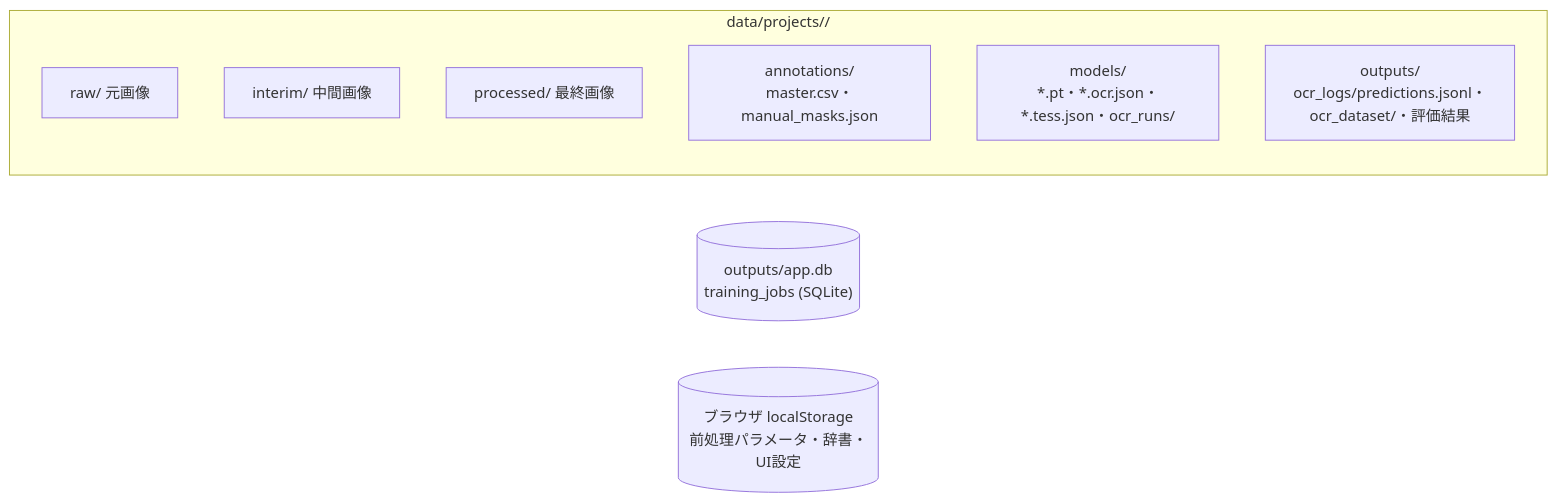
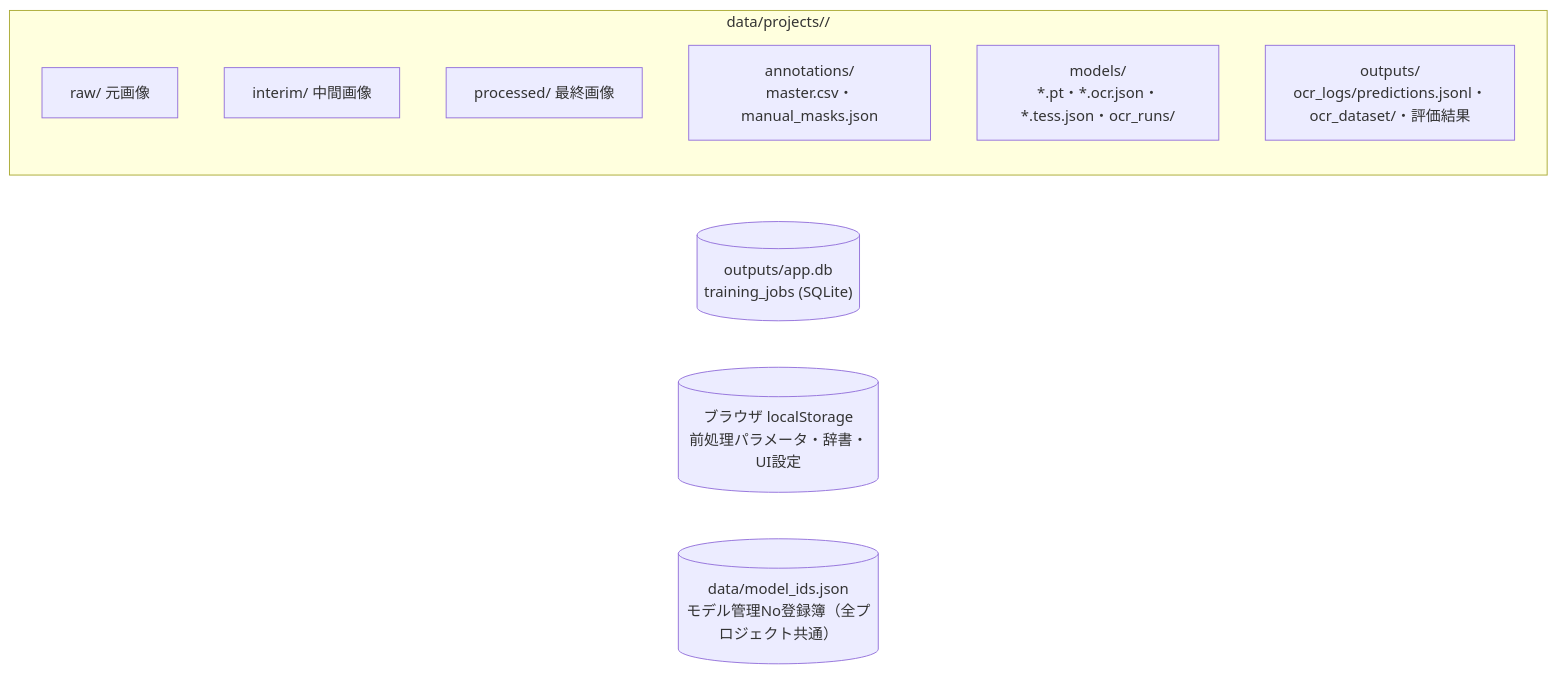
One commit to bs-shashimoto2048/OCR_Crafter changed the second of 2 diagrams in docs/17_DATAFLOW.md. Above: the diagram before and after it, drawn with Mermaid. The commit also changed other lines of this file and 9 other files, not shown here.

First line of the commit message:
feat: introduce model management IDs for easier comparison

````diff
--- a/docs/17_DATAFLOW.md
+++ b/docs/17_DATAFLOW.md
@@ -67,13 +67,14 @@
 ```mermaid
 flowchart LR
     subgraph FS["data/projects/<project_id>/"]
         RAW["raw/ 元画像"]
         INT["interim/ 中間画像"]
         PRC["processed/ 最終画像"]
         ANN["annotations/<br/>master.csv・manual_masks.json"]
         MDL["models/<br/>*.pt・*.ocr.json・*.tess.json・ocr_runs/"]
         OUT["outputs/<br/>ocr_logs/predictions.jsonl・ocr_dataset/・評価結果"]
     end
     DB[("outputs/app.db<br/>training_jobs (SQLite)")]
     LS[("ブラウザ localStorage<br/>前処理パラメータ・辞書・UI設定")]
+    MID[("data/model_ids.json<br/>モデル管理No登録簿（全プロジェクト共通）")]
 ```
````
